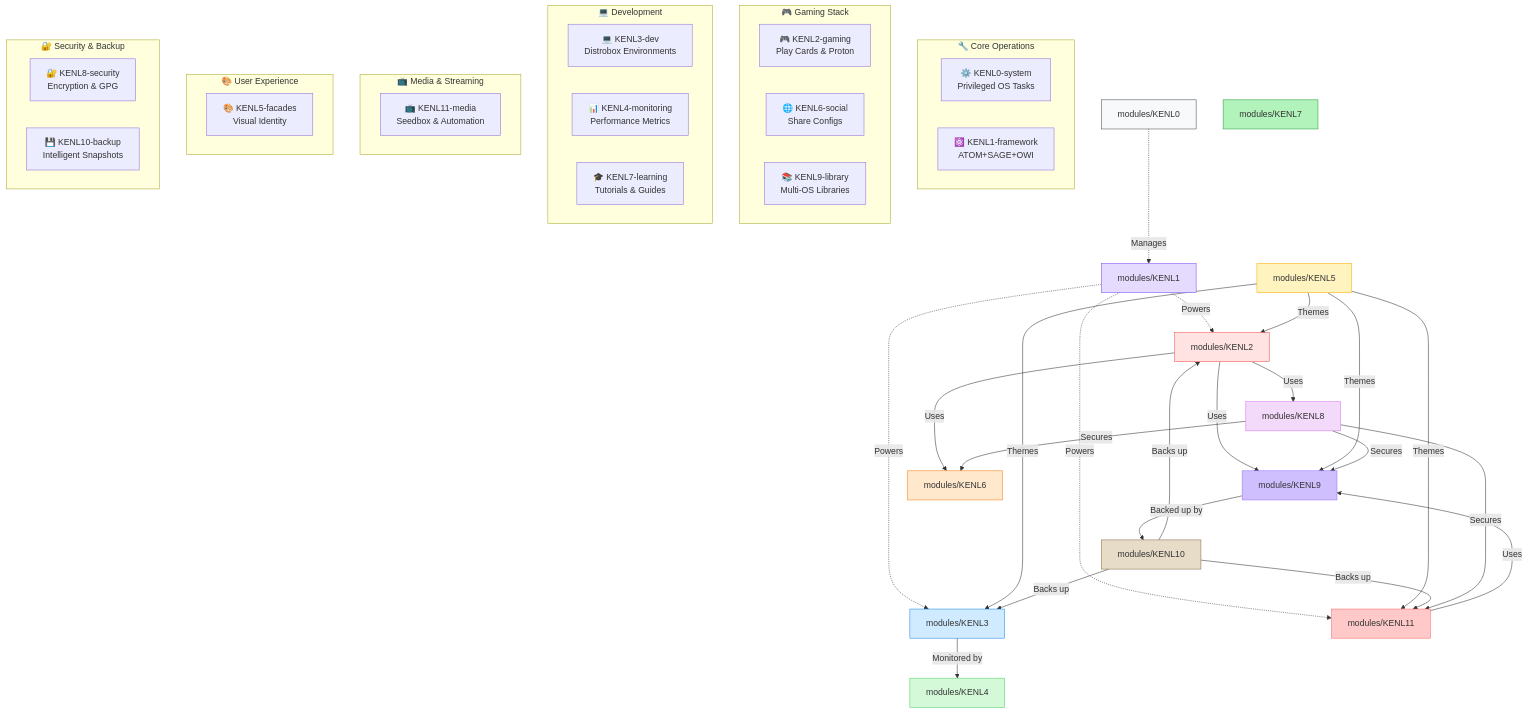
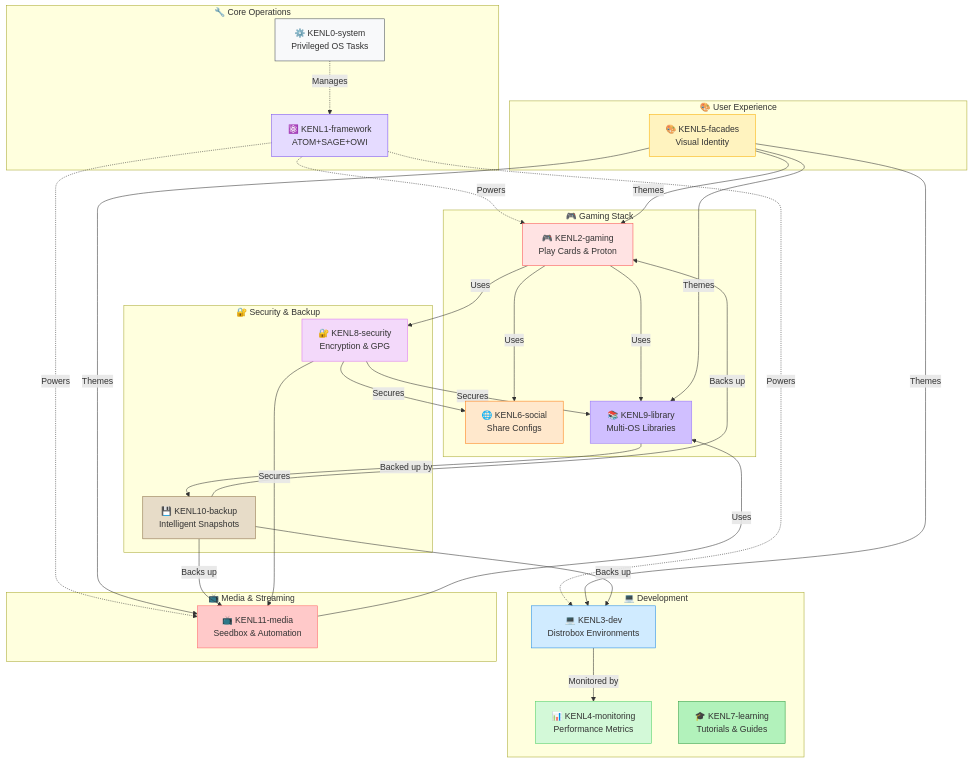
Before and after one commit to toolate28/kenl: the second of 9 diagrams in README.md, drawn with Mermaid. The commit also changed other lines of this file, not shown here.

Commit message:
fix: resolve Mermaid diagram syntax errors in README
Fixed all Mermaid diagram rendering issues reported by GitHub:

**Issues Fixed:**
1. Missing closing code fences (``` blocks)
2. Incorrect node references (modules/KENL0 → KENL0)
3. Markdown text bleeding into diagrams
4. Inconsistent participant names

**Diagrams Updated:**
- Line 28: Gaming workflow (added missing closing, moved styles inside)
- Line 77: KENL ecosystem graph (fixed node IDs and styles)
- Line 180: Gaming sequence diagram (fixed participant names)
- Line 359: Setup flow graph (removed markdown bleed)
- Line 448: Dev environment sequence (fixed participant names)
- Line 537: Rebase state diagram (fixed KENL references)
- Line 685: Data flow sequence (fixed participant names)

**Changes:**
- All node IDs now use simple names (KENL0, KENL1, not modules/KENL0)
- All participant names include proper aliases (KENL2-gaming, etc.)
- All code blocks properly opened and closed
- No markdown text inside mermaid blocks

All diagrams should now render correctly on GitHub.

````diff
--- a/README.md
+++ b/README.md
@@ -77,66 +80,66 @@
 ```mermaid
 graph TB
     subgraph Core["🔧 Core Operations"]
         KENL0[⚙️ KENL0-system<br/>Privileged OS Tasks]
         KENL1[⚛️ KENL1-framework<br/>ATOM+SAGE+OWI]
     end
 
     subgraph Gaming["🎮 Gaming Stack"]
         KENL2[🎮 KENL2-gaming<br/>Play Cards & Proton]
         KENL6[🌐 KENL6-social<br/>Share Configs]
         KENL9[📚 KENL9-library<br/>Multi-OS Libraries]
     end
 
     subgraph Development["💻 Development"]
         KENL3[💻 KENL3-dev<br/>Distrobox Environments]
         KENL4[📊 KENL4-monitoring<br/>Performance Metrics]
         KENL7[🎓 KENL7-learning<br/>Tutorials & Guides]
     end
 
     subgraph Media["📺 Media & Streaming"]
         KENL11[📺 KENL11-media<br/>Seedbox & Automation]
     end
 
     subgraph UX["🎨 User Experience"]
         KENL5[🎨 KENL5-facades<br/>Visual Identity]
     end
 
     subgraph Security["🔐 Security & Backup"]
         KENL8[🔐 KENL8-security<br/>Encryption & GPG]
         KENL10[💾 KENL10-backup<br/>Intelligent Snapshots]
     end
 
-    modules/KENL0 -.->|Manages| modules/KENL1
-    modules/KENL1 -.->|Powers| modules/KENL2
-    modules/KENL1 -.->|Powers| modules/KENL3
-    modules/KENL1 -.->|Powers| modules/KENL11
-    modules/KENL2 -->|Uses| modules/KENL9
-    modules/KENL2 -->|Uses| modules/KENL8
-    modules/KENL2 -->|Uses| modules/KENL6
-    modules/KENL3 -->|Monitored by| modules/KENL4
-    modules/KENL5 -->|Themes| modules/KENL2
-    modules/KENL5 -->|Themes| modules/KENL3
-    modules/KENL5 -->|Themes| modules/KENL9
-    modules/KENL5 -->|Themes| modules/KENL11
-    modules/KENL9 -->|Backed up by| modules/KENL10
-    modules/KENL10 -->|Backs up| modules/KENL2
-    modules/KENL10 -->|Backs up| modules/KENL3
-    modules/KENL10 -->|Backs up| modules/KENL11
-    modules/KENL8 -->|Secures| modules/KENL6
-    modules/KENL8 -->|Secures| modules/KENL9
-    modules/KENL8 -->|Secures| modules/KENL11
-    modules/KENL11 -->|Uses| modules/KENL9
+    KENL0 -.->|Manages| KENL1
+    KENL1 -.->|Powers| KENL2
+    KENL1 -.->|Powers| KENL3
+    KENL1 -.->|Powers| KENL11
+    KENL2 -->|Uses| KENL9
+    KENL2 -->|Uses| KENL8
+    KENL2 -->|Uses| KENL6
+    KENL3 -->|Monitored by| KENL4
+    KENL5 -->|Themes| KENL2
+    KENL5 -->|Themes| KENL3
+    KENL5 -->|Themes| KENL9
+    KENL5 -->|Themes| KENL11
+    KENL9 -->|Backed up by| KENL10
+    KENL10 -->|Backs up| KENL2
+    KENL10 -->|Backs up| KENL3
+    KENL10 -->|Backs up| KENL11
+    KENL8 -->|Secures| KENL6
+    KENL8 -->|Secures| KENL9
+    KENL8 -->|Secures| KENL11
+    KENL11 -->|Uses| KENL9
 
-    style modules/KENL0 fill:#f8f9fa,stroke:#495057
-    style modules/KENL1 fill:#e5dbff,stroke:#7950f2
-    style modules/KENL2 fill:#ffe3e3,stroke:#fa5252
-    style modules/KENL3 fill:#d0ebff,stroke:#228be6
-    style modules/KENL4 fill:#d3f9d8,stroke:#51cf66
-    style modules/KENL5 fill:#fff3bf,stroke:#fab005
-    style modules/KENL6 fill:#ffe8cc,stroke:#fd7e14
-    style modules/KENL7 fill:#b2f2bb,stroke:#2f9e44
-    style modules/KENL8 fill:#f3d9fa,stroke:#da77f2
-    style modules/KENL9 fill:#d0bfff,stroke:#9775fa
-    style modules/KENL10 fill:#e7dcc8,stroke:#8b6d47
-    style modules/KENL11 fill:#ffc9c9,stroke:#ff6b6b
+    style KENL0 fill:#f8f9fa,stroke:#495057
+    style KENL1 fill:#e5dbff,stroke:#7950f2
+    style KENL2 fill:#ffe3e3,stroke:#fa5252
+    style KENL3 fill:#d0ebff,stroke:#228be6
+    style KENL4 fill:#d3f9d8,stroke:#51cf66
+    style KENL5 fill:#fff3bf,stroke:#fab005
+    style KENL6 fill:#ffe8cc,stroke:#fd7e14
+    style KENL7 fill:#b2f2bb,stroke:#2f9e44
+    style KENL8 fill:#f3d9fa,stroke:#da77f2
+    style KENL9 fill:#d0bfff,stroke:#9775fa
+    style KENL10 fill:#e7dcc8,stroke:#8b6d47
+    style KENL11 fill:#ffc9c9,stroke:#ff6b6b
 ```
````
